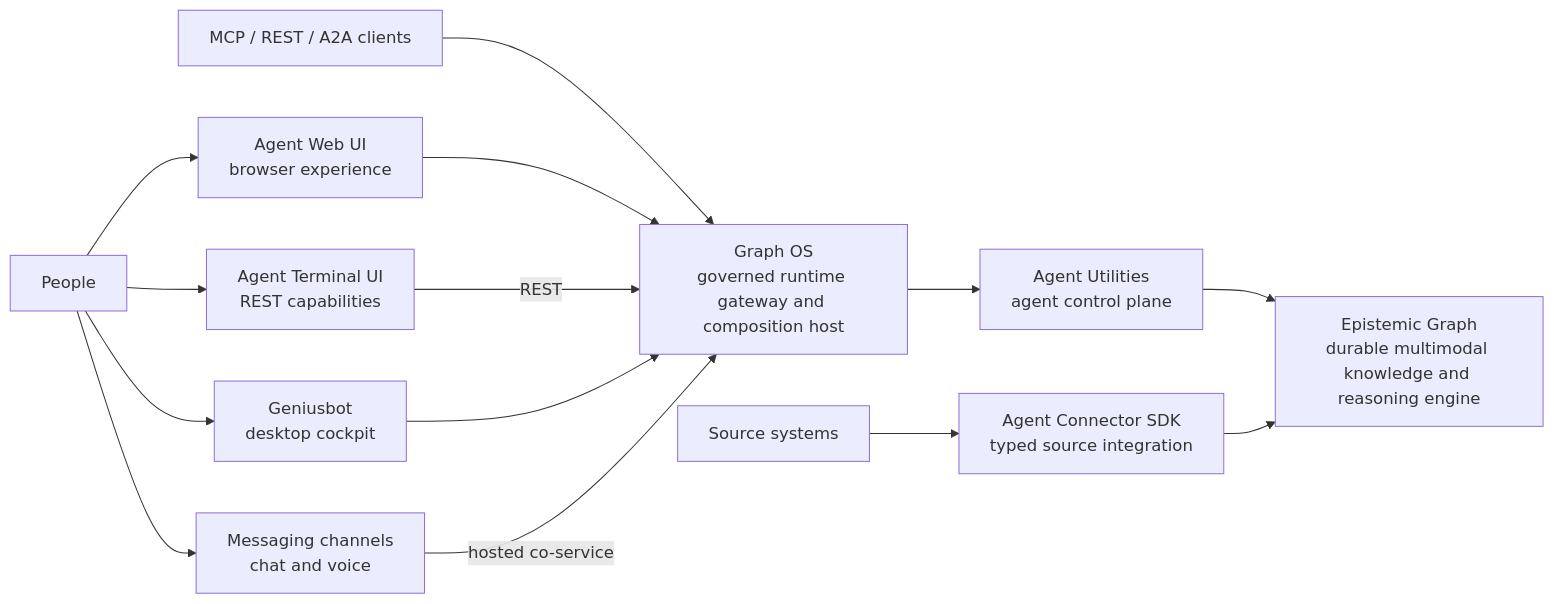
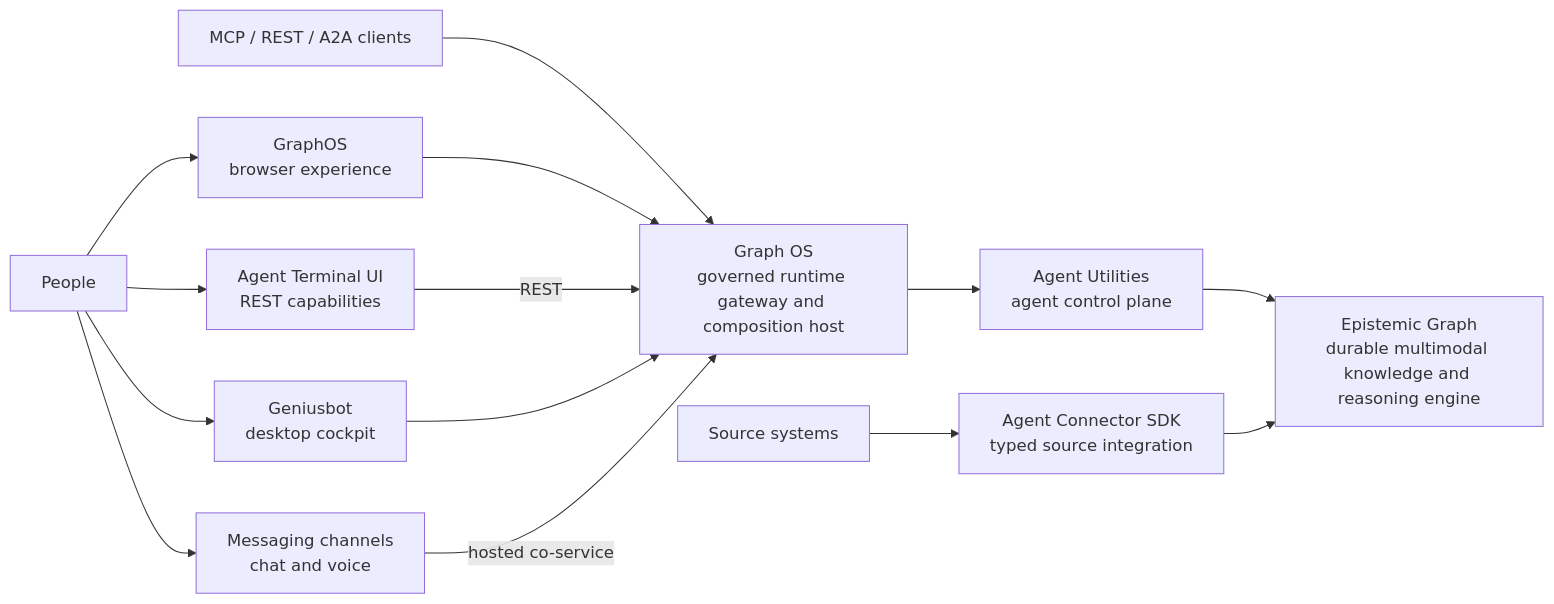
Before and after one commit to Knuckles-Team/agent-webui: the diagram in docs/assets/runtime-architecture.mmd, drawn with Mermaid. The commit also changed 251 other files, not shown here.

Commit message:
feat(webui): adopt GraphOS brand and package identity

```diff
--- a/docs/assets/runtime-architecture.mmd
+++ b/docs/assets/runtime-architecture.mmd
@@ -1,26 +1,26 @@
 flowchart LR
   People["People"]
-  WebUI["Agent Web UI<br/>browser experience"]
+  WebUI["GraphOS<br/>browser experience"]
   TUI["Agent Terminal UI<br/>REST capabilities"]
   Genius["Geniusbot<br/>desktop cockpit"]
   Messaging["Messaging channels<br/>chat and voice"]
   Clients["MCP / REST / A2A clients"]
   GraphOS["Graph OS<br/>governed runtime gateway and composition host"]
   AU["Agent Utilities<br/>agent control plane"]
   EG["Epistemic Graph<br/>durable multimodal knowledge and reasoning engine"]
   Sources["Source systems"]
   SDK["Agent Connector SDK<br/>typed source integration"]
 
   People --> WebUI
   People --> TUI
   People --> Genius
   People --> Messaging
   Clients --> GraphOS
   WebUI --> GraphOS
   TUI -->|REST| GraphOS
   Genius --> GraphOS
   Messaging -->|hosted co-service| GraphOS
   GraphOS --> AU
   AU --> EG
   Sources --> SDK
   SDK --> EG
```
